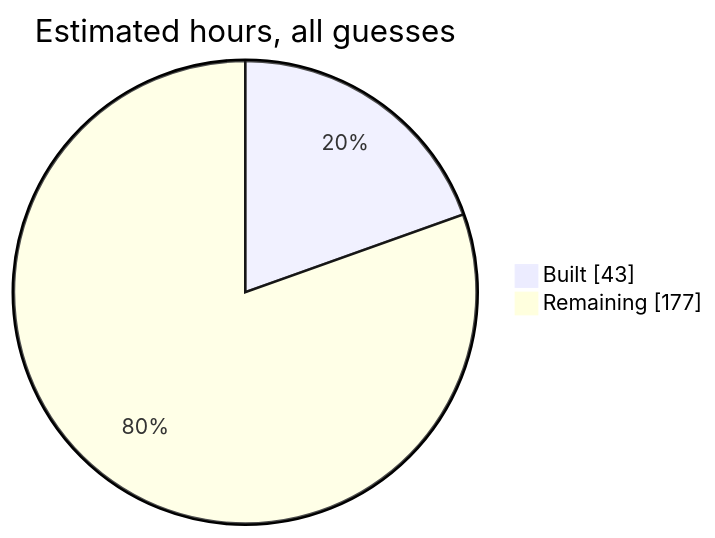
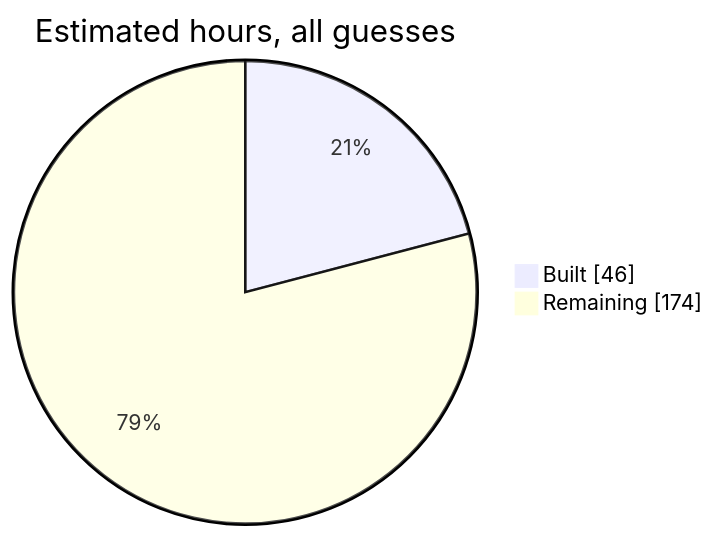
One commit to SumanthVarma798/GNSS-Constellation-Health-Monitoring-System changed the second of 5 diagrams in docs/system-design.md. Above: the diagram before and after it, drawn with Mermaid. The commit also changed other lines of this file and 13 other files, not shown here.

````diff
--- a/docs/system-design.md
+++ b/docs/system-design.md
@@ -70,5 +71,5 @@
 ```mermaid
 pie showData title Estimated hours, all guesses
-  "Built" : 43
-  "Remaining" : 177
+  "Built" : 46
+  "Remaining" : 174
 ```
````
